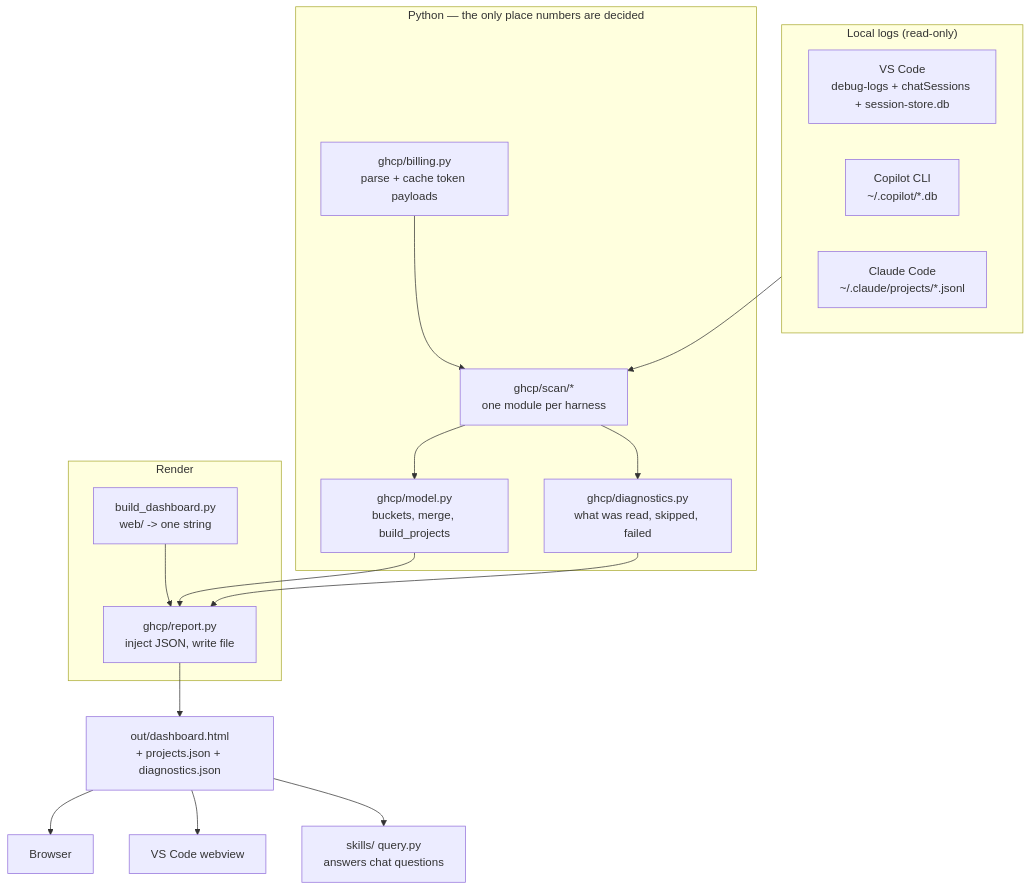
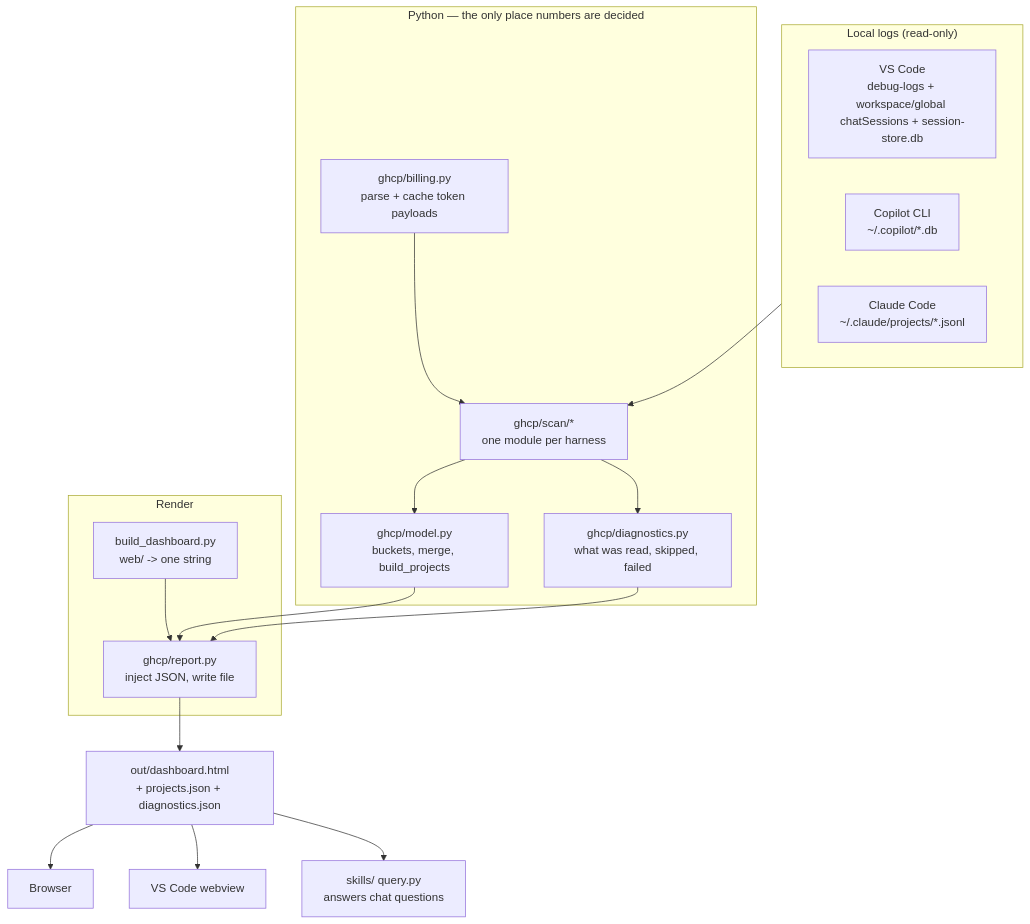
The third of 5 diagrams in ARCHITECTURE.md (vinay-p-singh/ghcp-usage-metrics), drawn with Mermaid before and after one commit. The commit also changed other lines of this file and 48 other files, not shown here.

````diff
--- a/ARCHITECTURE.md
+++ b/ARCHITECTURE.md
@@ -188,29 +188,29 @@
 ```mermaid
 flowchart TB
   subgraph L["Local logs (read-only)"]
-    V["VS Code<br/>debug-logs + chatSessions + session-store.db"]
+    V["VS Code<br/>debug-logs + workspace/global chatSessions + session-store.db"]
     C["Copilot CLI<br/>~/.copilot/*.db"]
     K["Claude Code<br/>~/.claude/projects/*.jsonl"]
   end
   subgraph P["Python — the only place numbers are decided"]
     S["ghcp/scan/*<br/>one module per harness"]
     B["ghcp/billing.py<br/>parse + cache token payloads"]
     M["ghcp/model.py<br/>buckets, merge, build_projects"]
     D["ghcp/diagnostics.py<br/>what was read, skipped, failed"]
     S --> M
     B --> S
     S --> D
   end
   subgraph R["Render"]
     A["build_dashboard.py<br/>web/ -> one string"]
     O["ghcp/report.py<br/>inject JSON, write file"]
     A --> O
   end
   L --> S
   M --> O
   D --> O
   O --> H["out/dashboard.html<br/>+ projects.json + diagnostics.json"]
   H --> BR["Browser"]
   H --> EX["VS Code webview"]
   H --> Q["skills/ query.py<br/>answers chat questions"]
 ```
````
